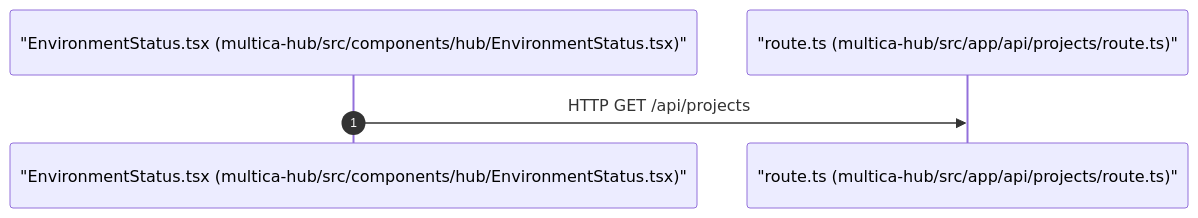
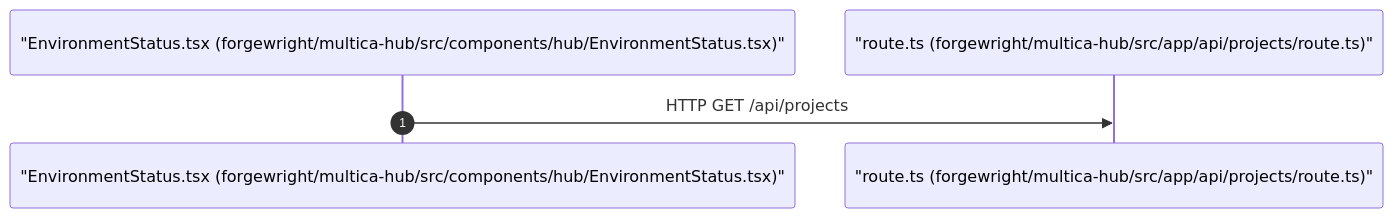
Before and after one commit to buiphucminhtam/forgewright: the diagram in docs/architecture/flows/GET-_api_projects.md, drawn with Mermaid. The commit also changed other lines of this file and 1 other file, not shown here.

Commit message:
docs: regenerate sequence flow diagrams for projects API

````diff
--- a/docs/architecture/flows/GET-_api_projects.md
+++ b/docs/architecture/flows/GET-_api_projects.md
@@ -6,8 +6,8 @@
 ```mermaid
 sequenceDiagram
     autonumber
-    participant multica_hub_src_components_hub_EnvironmentStatus_tsx as "EnvironmentStatus.tsx (multica-hub/src/components/hub/EnvironmentStatus.tsx)"
-    participant multica_hub_src_app_api_projects_route_ts as "route.ts (multica-hub/src/app/api/projects/route.ts)"
+    participant forgewright_multica_hub_src_components_hub_EnvironmentStatus_tsx as "EnvironmentStatus.tsx (forgewright/multica-hub/src/components/hub/EnvironmentStatus.tsx)"
+    participant forgewright_multica_hub_src_app_api_projects_route_ts as "route.ts (forgewright/multica-hub/src/app/api/projects/route.ts)"
 
-    multica_hub_src_components_hub_EnvironmentStatus_tsx->>multica_hub_src_app_api_projects_route_ts: HTTP GET /api/projects
+    forgewright_multica_hub_src_components_hub_EnvironmentStatus_tsx->>forgewright_multica_hub_src_app_api_projects_route_ts: HTTP GET /api/projects
 ```
````
